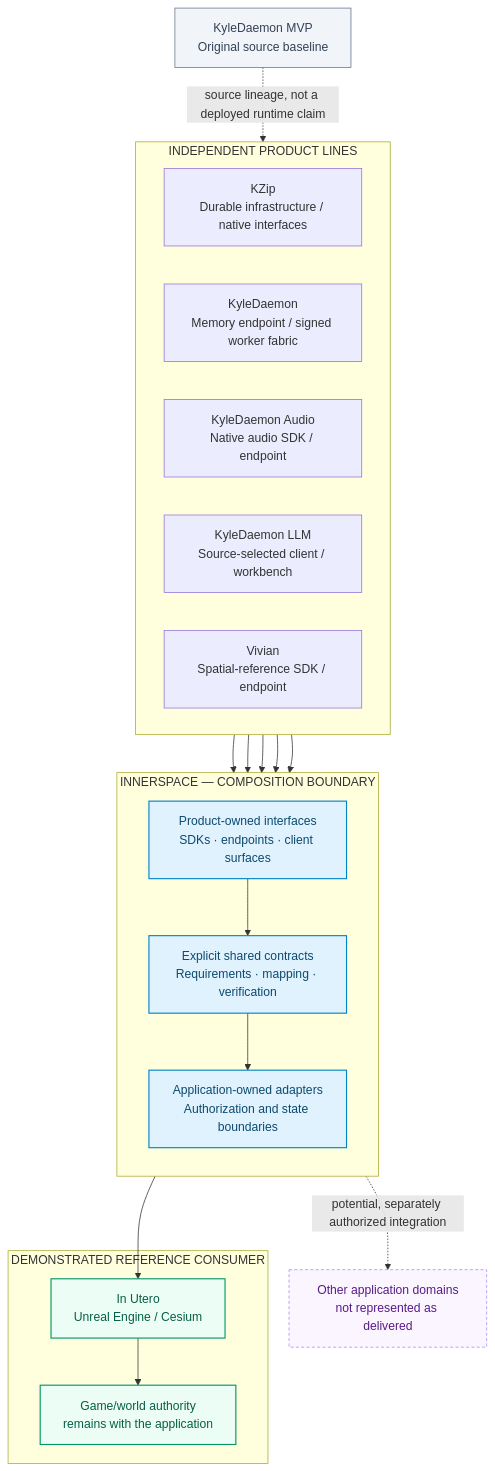
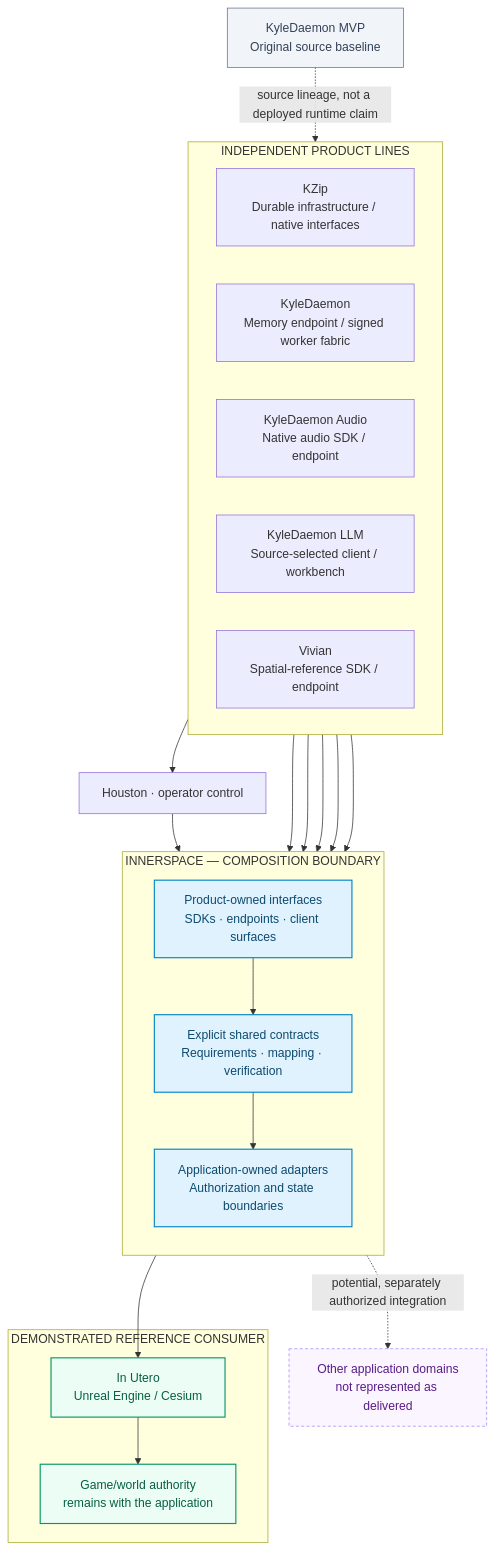
The first of 2 diagrams in ARCHITECTURE_OVERVIEW.md (Cuebster/Innerspace-Portfolio), drawn with Mermaid before and after one commit. The commit also changed other lines of this file and 3 other files, not shown here.

````diff
--- a/ARCHITECTURE_OVERVIEW.md
+++ b/ARCHITECTURE_OVERVIEW.md
@@ -9,42 +9,44 @@
 ```mermaid
 flowchart TB
     subgraph Products["INDEPENDENT PRODUCT LINES"]
         direction LR
         KZ["KZip<br/>Durable infrastructure / native interfaces"]
         KD["KyleDaemon<br/>Memory endpoint / signed worker fabric"]
         KDA["KyleDaemon Audio<br/>Native audio SDK / endpoint"]
         LLM["KyleDaemon LLM<br/>Source-selected client / workbench"]
         VI["Vivian<br/>Spatial-reference SDK / endpoint"]
     end
 
     MVP["KyleDaemon MVP<br/>Original source baseline"]:::baseline
     MVP -. "source lineage, not a deployed runtime claim" .-> KD
 
     subgraph Integration["INNERSPACE — COMPOSITION BOUNDARY"]
         direction TB
         IFACES["Product-owned interfaces<br/>SDKs · endpoints · client surfaces"]:::boundary
         CONTRACT["Explicit shared contracts<br/>Requirements · mapping · verification"]:::boundary
         ADAPT["Application-owned adapters<br/>Authorization and state boundaries"]:::boundary
         IFACES --> CONTRACT --> ADAPT
     end
 
+    KZ --> HOU["Houston · operator control"]
+    HOU --> IFACES
     KZ --> IFACES
     KD --> IFACES
     KDA --> IFACES
     LLM --> IFACES
     VI --> IFACES
 
     subgraph Reference["DEMONSTRATED REFERENCE CONSUMER"]
         IU["In Utero<br/>Unreal Engine / Cesium"]:::reference
         STATE["Game/world authority<br/>remains with the application"]:::reference
         IU --> STATE
     end
 
     ADAPT --> IU
     ADAPT -. "potential, separately authorized integration" .-> OTHER["Other application domains<br/>not represented as delivered"]:::future
 
     classDef baseline fill:#f1f5f9,color:#334155,stroke:#64748b,stroke-width:1px;
     classDef boundary fill:#e0f2fe,color:#0c4a6e,stroke:#0284c7,stroke-width:1.5px;
     classDef reference fill:#ecfdf5,color:#065f46,stroke:#059669,stroke-width:1.5px;
     classDef future fill:#faf5ff,color:#581c87,stroke:#a78bfa,stroke-dasharray:4 3;
 ```
````
